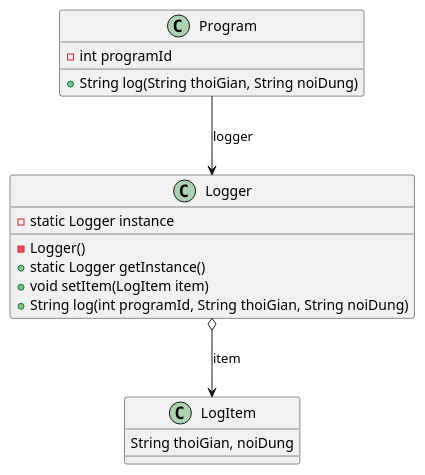
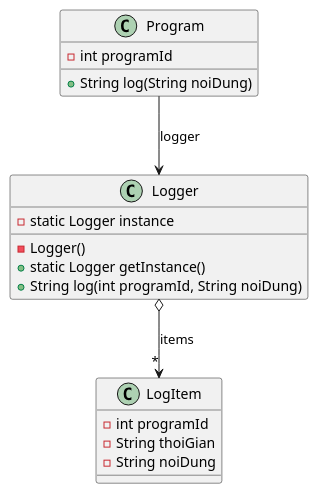
One commit to vpthinh19/design-patterns changed the diagram in src/gk/bai4/bai4.puml. Above: the diagram before and after it, drawn with PlantUML. The commit also changed 63 other files, not shown here.

```diff
--- a/src/gk/bai4/bai4.puml
+++ b/src/gk/bai4/bai4.puml
@@ -1,22 +1,23 @@
 @startuml
 class LogItem{
-    String thoiGian, noiDung
+    - int programId
+    - String thoiGian
+    - String noiDung
 }
 
 class Logger{
     - static Logger instance
     - Logger()
     + static Logger getInstance()
-    + void setItem(LogItem item)
-    + String log(int programId, String thoiGian, String noiDung)
+    + String log(int programId, String noiDung)
 }
 
 class Program{
     - int programId
-    + String log(String thoiGian, String noiDung)
+    + String log(String noiDung)
 }
 
 Program --> Logger: logger
-Logger o--> LogItem: item
+Logger o--> "*" LogItem: items
 
 @enduml
```
